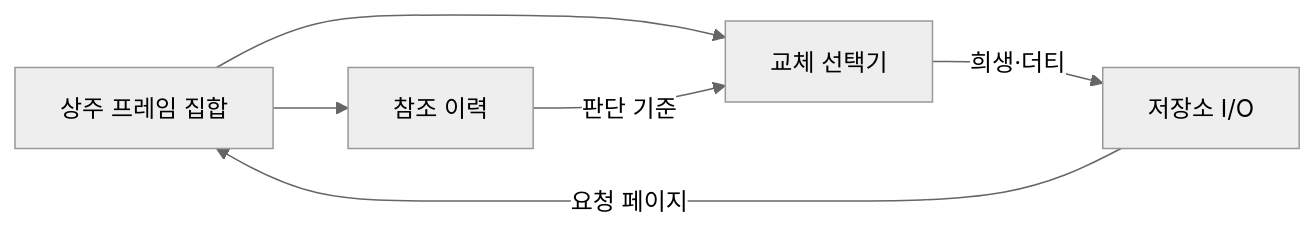
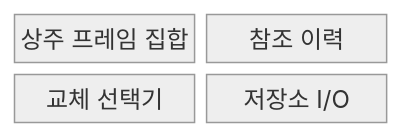
Before and after one commit to agnusdei1207/knowledge-base: the first of 2 diagrams in src/content/docs/notes/02-hardware/018_page_replacement.md, drawn with Mermaid (neutral theme). The commit also changed other lines of this file and 20 other files, not shown here.

````diff
--- a/src/content/docs/notes/02-hardware/018_page_replacement.md
+++ b/src/content/docs/notes/02-hardware/018_page_replacement.md
@@ -70,8 +68,8 @@
 ```mermaid
-flowchart LR
-    F[상주 프레임 집합] --> R[참조 이력]
-    F --> P[교체 선택기]
-    R -->|판단 기준| P
-    P -->|희생·더티| S[저장소 I/O]
-    S -->|요청 페이지| F
+block
+    columns 2
+    F["상주 프레임 집합"]
+    H["참조 이력"]
+    R["교체 선택기"]
+    S["저장소 I/O"]
 ```
````
